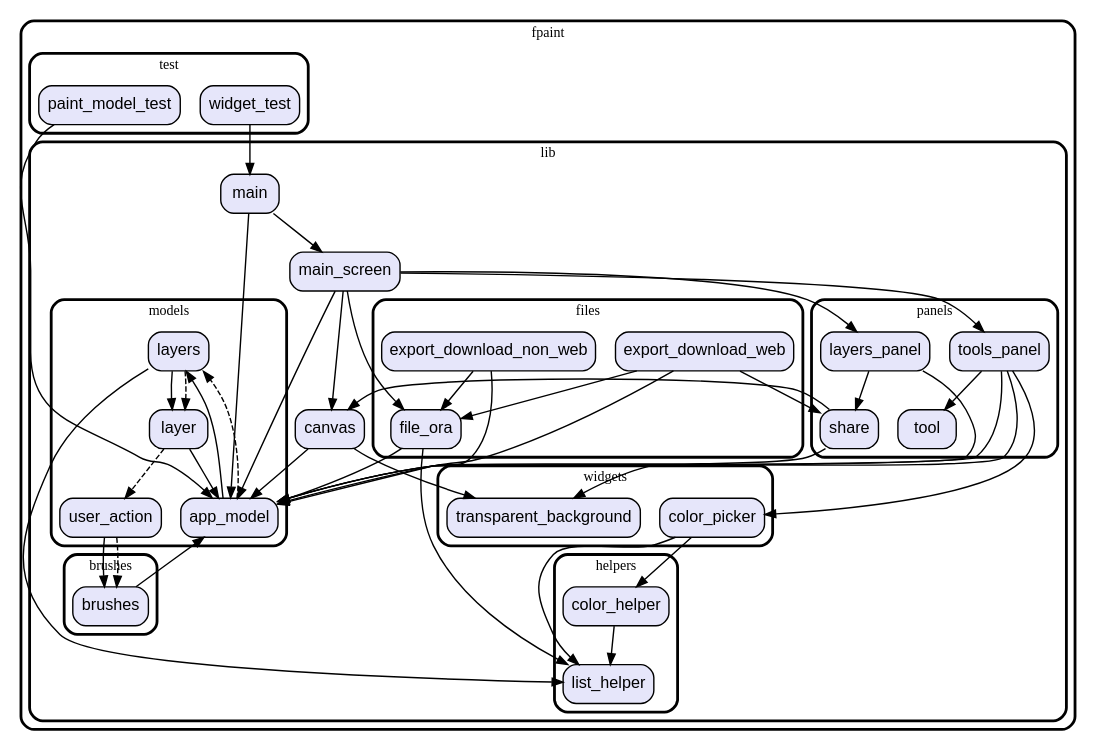
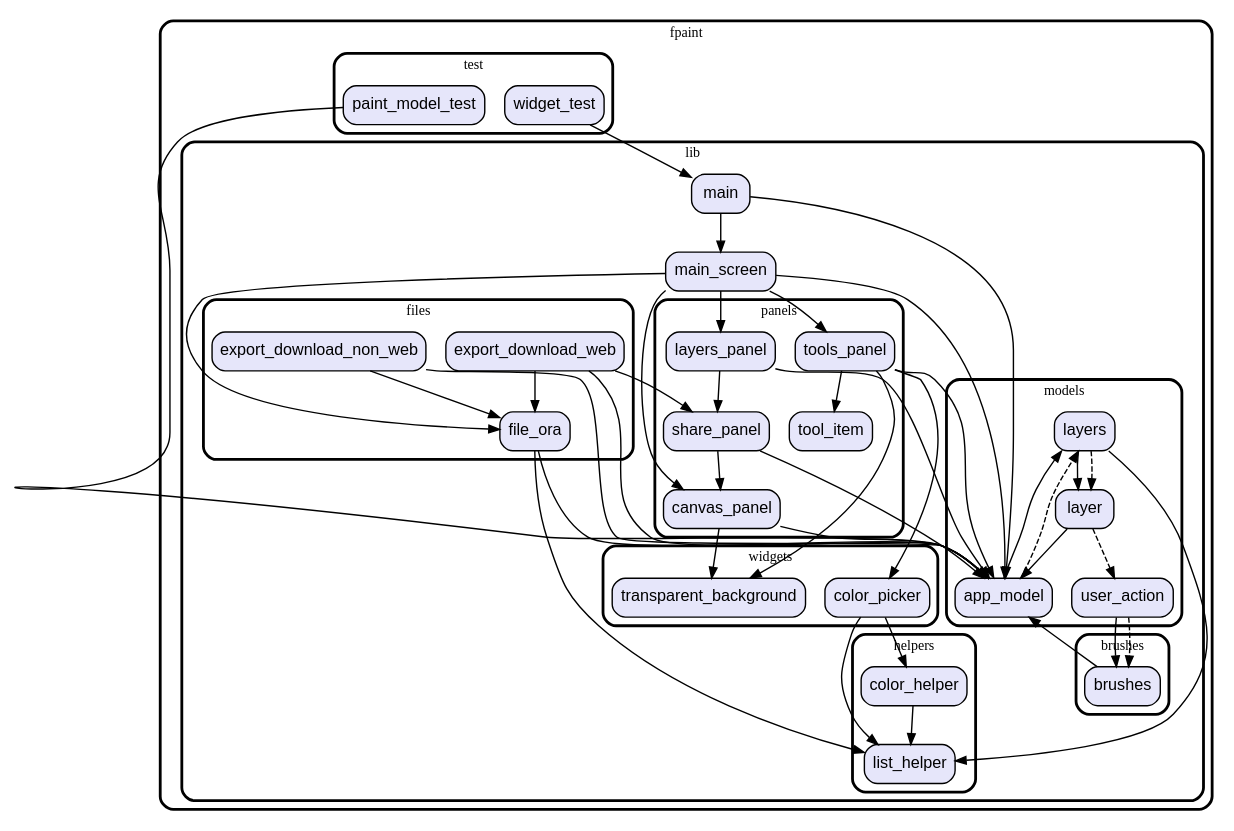
Before and after one commit to vteam-com/fPaint: the diagram in graph.dot, drawn with Graphviz. The commit also changed 8 other files, not shown here.

```diff
--- a/graph.dot
+++ b/graph.dot
@@ -1,113 +1,113 @@
 digraph "" {
   graph [style=rounded fontname="Arial Black" fontsize=13 penwidth=2.6];
   node [shape=rect style="filled,rounded" fontname=Arial fontsize=15 fillcolor=Lavender penwidth=1.3];
   edge [penwidth=1.3];
   "/test/paint_model_test.dart" [label="paint_model_test"];
   "/test/widget_test.dart" [label="widget_test"];
   "/lib/brushes/brushes.dart" [label="brushes"];
+  "/lib/panels/canvas_panel.dart" [label="canvas_panel"];
+  "/lib/panels/tool_item.dart" [label="tool_item"];
+  "/lib/panels/share_panel.dart" [label="share_panel"];
   "/lib/panels/tools_panel.dart" [label="tools_panel"];
   "/lib/panels/layers_panel.dart" [label="layers_panel"];
-  "/lib/panels/tool.dart" [label="tool"];
-  "/lib/panels/share.dart" [label="share"];
   "/lib/models/layers.dart" [label="layers"];
   "/lib/models/user_action.dart" [label="user_action"];
   "/lib/models/app_model.dart" [label="app_model"];
   "/lib/models/layer.dart" [label="layer"];
   "/lib/main.dart" [label="main"];
   "/lib/files/export_download_web.dart" [label="export_download_web"];
   "/lib/files/file_ora.dart" [label="file_ora"];
   "/lib/files/export_download_non_web.dart" [label="export_download_non_web"];
-  "/lib/canvas.dart" [label="canvas"];
   "/lib/main_screen.dart" [label="main_screen"];
   "/lib/helpers/list_helper.dart" [label="list_helper"];
   "/lib/helpers/color_helper.dart" [label="color_helper"];
   "/lib/widgets/transparent_background.dart" [label="transparent_background"];
   "/lib/widgets/color_picker.dart" [label="color_picker"];
   subgraph "cluster~" {
     label="fpaint";
     subgraph "cluster~/test" {
       label="test";
       "/test/paint_model_test.dart";
       "/test/widget_test.dart";
     }
     subgraph "cluster~/lib" {
       label="lib";
       "/lib/main.dart";
-      "/lib/canvas.dart";
       "/lib/main_screen.dart";
       subgraph "cluster~/lib/brushes" {
         label="brushes";
         "/lib/brushes/brushes.dart";
       }
       subgraph "cluster~/lib/panels" {
         label="panels";
+        "/lib/panels/canvas_panel.dart";
+        "/lib/panels/tool_item.dart";
+        "/lib/panels/share_panel.dart";
         "/lib/panels/tools_panel.dart";
         "/lib/panels/layers_panel.dart";
-        "/lib/panels/tool.dart";
-        "/lib/panels/share.dart";
       }
       subgraph "cluster~/lib/models" {
         label="models";
         "/lib/models/layers.dart";
         "/lib/models/user_action.dart";
         "/lib/models/app_model.dart";
         "/lib/models/layer.dart";
       }
       subgraph "cluster~/lib/files" {
         label="files";
         "/lib/files/export_download_web.dart";
         "/lib/files/file_ora.dart";
         "/lib/files/export_download_non_web.dart";
       }
       subgraph "cluster~/lib/helpers" {
         label="helpers";
         "/lib/helpers/list_helper.dart";
         "/lib/helpers/color_helper.dart";
       }
       subgraph "cluster~/lib/widgets" {
         label="widgets";
         "/lib/widgets/transparent_background.dart";
         "/lib/widgets/color_picker.dart";
       }
     }
   }
   "/test/paint_model_test.dart" -> "/lib/models/app_model.dart";
   "/test/widget_test.dart" -> "/lib/main.dart";
   "/lib/brushes/brushes.dart" -> "/lib/models/app_model.dart";
+  "/lib/panels/canvas_panel.dart" -> "/lib/widgets/transparent_background.dart";
+  "/lib/panels/canvas_panel.dart" -> "/lib/models/app_model.dart";
+  "/lib/panels/share_panel.dart" -> "/lib/models/app_model.dart";
+  "/lib/panels/share_panel.dart" -> "/lib/panels/canvas_panel.dart";
   "/lib/panels/tools_panel.dart" -> "/lib/models/app_model.dart";
-  "/lib/panels/tools_panel.dart" -> "/lib/panels/tool.dart";
+  "/lib/panels/tools_panel.dart" -> "/lib/panels/tool_item.dart";
   "/lib/panels/tools_panel.dart" -> "/lib/widgets/color_picker.dart";
   "/lib/panels/tools_panel.dart" -> "/lib/widgets/transparent_background.dart";
   "/lib/panels/layers_panel.dart" -> "/lib/models/app_model.dart";
-  "/lib/panels/layers_panel.dart" -> "/lib/panels/share.dart";
-  "/lib/panels/share.dart" -> "/lib/canvas.dart";
-  "/lib/panels/share.dart" -> "/lib/models/app_model.dart";
+  "/lib/panels/layers_panel.dart" -> "/lib/panels/share_panel.dart";
   "/lib/models/layers.dart" -> "/lib/helpers/list_helper.dart";
   "/lib/models/layers.dart" -> "/lib/models/layer.dart";
   "/lib/models/layers.dart" -> "/lib/models/layer.dart" [style=dashed];
   "/lib/models/user_action.dart" -> "/lib/brushes/brushes.dart";
   "/lib/models/user_action.dart" -> "/lib/brushes/brushes.dart" [style=dashed];
   "/lib/models/app_model.dart" -> "/lib/models/layers.dart";
   "/lib/models/app_model.dart" -> "/lib/models/layers.dart" [style=dashed];
   "/lib/models/layer.dart" -> "/lib/models/app_model.dart";
   "/lib/models/layer.dart" -> "/lib/models/user_action.dart" [style=dashed];
   "/lib/main.dart" -> "/lib/main_screen.dart";
   "/lib/main.dart" -> "/lib/models/app_model.dart";
   "/lib/files/export_download_web.dart" -> "/lib/files/file_ora.dart";
   "/lib/files/export_download_web.dart" -> "/lib/models/app_model.dart";
-  "/lib/files/export_download_web.dart" -> "/lib/panels/share.dart";
+  "/lib/files/export_download_web.dart" -> "/lib/panels/share_panel.dart";
   "/lib/files/file_ora.dart" -> "/lib/helpers/list_helper.dart";
   "/lib/files/file_ora.dart" -> "/lib/models/app_model.dart";
   "/lib/files/export_download_non_web.dart" -> "/lib/files/file_ora.dart";
   "/lib/files/export_download_non_web.dart" -> "/lib/models/app_model.dart";
-  "/lib/canvas.dart" -> "/lib/widgets/transparent_background.dart";
-  "/lib/canvas.dart" -> "/lib/models/app_model.dart";
-  "/lib/main_screen.dart" -> "/lib/canvas.dart";
   "/lib/main_screen.dart" -> "/lib/files/file_ora.dart";
+  "/lib/main_screen.dart" -> "/lib/panels/canvas_panel.dart";
   "/lib/main_screen.dart" -> "/lib/panels/layers_panel.dart";
   "/lib/main_screen.dart" -> "/lib/panels/tools_panel.dart";
   "/lib/main_screen.dart" -> "/lib/models/app_model.dart";
   "/lib/helpers/color_helper.dart" -> "/lib/helpers/list_helper.dart";
   "/lib/widgets/color_picker.dart" -> "/lib/helpers/color_helper.dart";
   "/lib/widgets/color_picker.dart" -> "/lib/helpers/list_helper.dart";
 }
```
